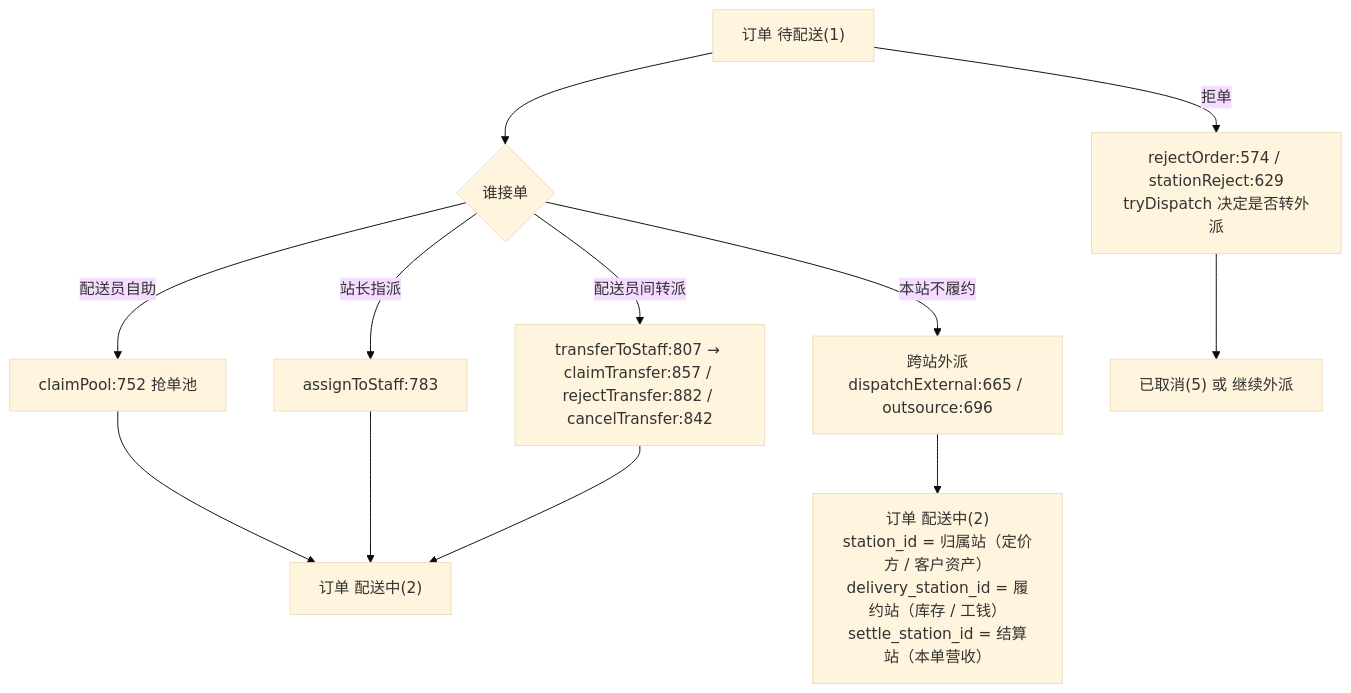
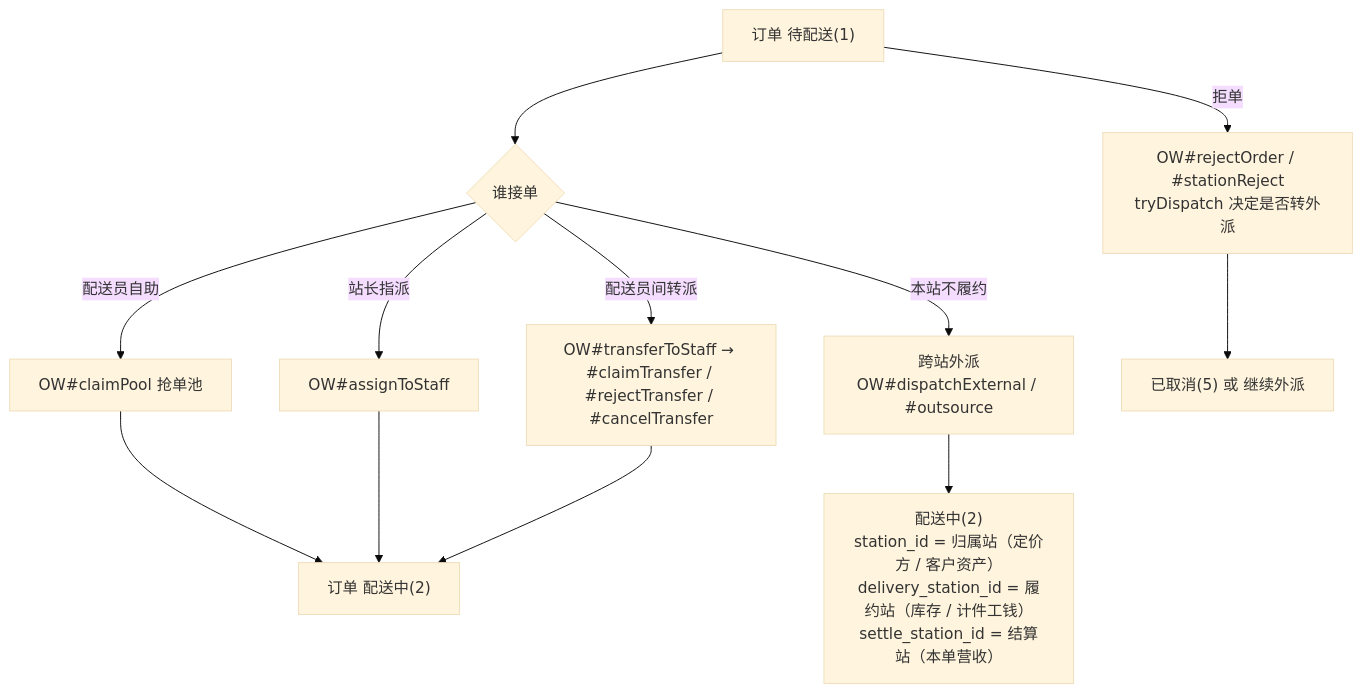
The fifth of 10 diagrams in docs/design/15-业务流程地图.md (rumiasu/AquaFlow), drawn with Mermaid (base theme) before and after one commit. The commit also changed other lines of this file and 54 other files, not shown here.

````diff
--- a/docs/design/15-业务流程地图.md
+++ b/docs/design/15-业务流程地图.md
@@ -206,14 +174,14 @@
 ```mermaid
 flowchart TD
   O["订单 待配送(1)"] --> M{"谁接单"}
-  M -->|"配送员自助"| M1["claimPool:752 抢单池"]
-  M -->|"站长指派"| M2["assignToStaff:783"]
-  M -->|"配送员间转派"| M3["transferToStaff:807 → claimTransfer:857 / rejectTransfer:882 / cancelTransfer:842"]
-  M -->|"本站不履约"| M4["跨站外派<br/>dispatchExternal:665 / outsource:696"]
+  M -->|"配送员自助"| M1["OW#claimPool 抢单池"]
+  M -->|"站长指派"| M2["OW#assignToStaff"]
+  M -->|"配送员间转派"| M3["OW#transferToStaff → #claimTransfer / #rejectTransfer / #cancelTransfer"]
+  M -->|"本站不履约"| M4["跨站外派<br/>OW#dispatchExternal / #outsource"]
   M1 --> G["订单 配送中(2)"]
   M2 --> G
   M3 --> G
-  M4 --> G2["订单 配送中(2)<br/>station_id = 归属站（定价方 / 客户资产）<br/>delivery_station_id = 履约站（库存 / 工钱）<br/>settle_station_id = 结算站（本单营收）"]
-  O -->|"拒单"| J["rejectOrder:574 / stationReject:629<br/>tryDispatch 决定是否转外派"]
+  M4 --> G2["配送中(2)<br/>station_id = 归属站（定价方 / 客户资产）<br/>delivery_station_id = 履约站（库存 / 计件工钱）<br/>settle_station_id = 结算站（本单营收）"]
+  O -->|"拒单"| J["OW#rejectOrder / #stationReject<br/>tryDispatch 决定是否转外派"]
   J --> X["已取消(5) 或 继续外派"]
 ```
````
